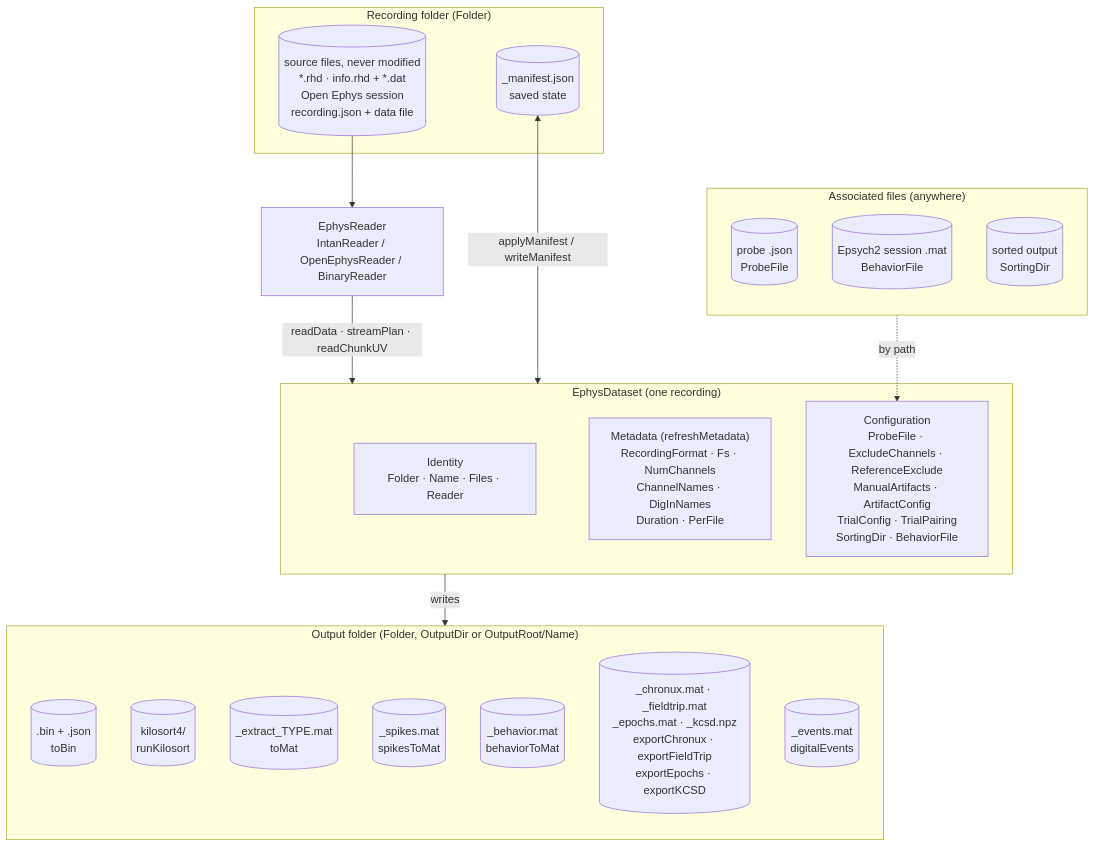
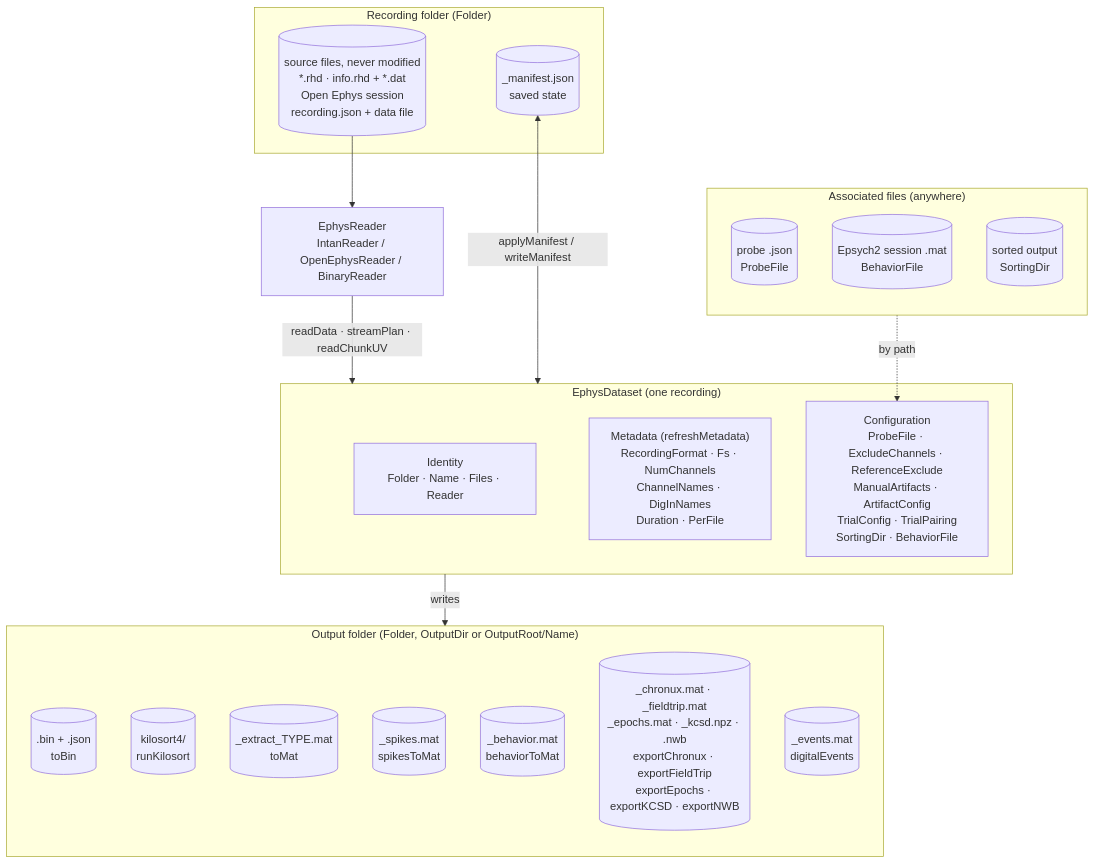
The diagram in documentation/EphysDataset.md (dstolz/ephys_analysis), drawn with Mermaid before and after one commit. The commit also changed other lines of this file and 28 other files, not shown here.

````diff
--- a/documentation/EphysDataset.md
+++ b/documentation/EphysDataset.md
@@ -47,39 +47,39 @@
 ```mermaid
 flowchart TB
     subgraph REC["Recording folder (Folder)"]
         RAW[("source files, never modified<br/>*.rhd · info.rhd + *.dat<br/>Open Ephys session<br/>recording.json + data file")]
         MAN[("_manifest.json<br/>saved state")]
     end
 
     subgraph ASSOC["Associated files (anywhere)"]
         direction TB
         PRB[("probe .json<br/>ProbeFile")]
         SES[("Epsych2 session .mat<br/>BehaviorFile")]
         PHY[("sorted output<br/>SortingDir")]
     end
 
     RD["EphysReader<br/>IntanReader / OpenEphysReader / BinaryReader"]
 
     subgraph DS["EphysDataset (one recording)"]
         ID["Identity<br/>Folder · Name · Files · Reader"]
         META["Metadata (refreshMetadata)<br/>RecordingFormat · Fs · NumChannels<br/>ChannelNames · DigInNames<br/>Duration · PerFile"]
         CONF["Configuration<br/>ProbeFile · ExcludeChannels · ReferenceExclude<br/>ManualArtifacts · ArtifactConfig<br/>TrialConfig · TrialPairing<br/>SortingDir · BehaviorFile"]
     end
 
     subgraph OUT["Output folder (Folder, OutputDir or OutputRoot/Name)"]
         direction TB
         BIN[(".bin + .json<br/>toBin")]
         KS[("kilosort4/<br/>runKilosort")]
         EXT[("_extract_TYPE.mat<br/>toMat")]
         SPK[("_spikes.mat<br/>spikesToMat")]
         BEHM[("_behavior.mat<br/>behaviorToMat")]
-        EXP[("_chronux.mat · _fieldtrip.mat<br/>_epochs.mat · _kcsd.npz<br/>exportChronux · exportFieldTrip<br/>exportEpochs · exportKCSD")]
+        EXP[("_chronux.mat · _fieldtrip.mat<br/>_epochs.mat · _kcsd.npz · .nwb<br/>exportChronux · exportFieldTrip<br/>exportEpochs · exportKCSD · exportNWB")]
         EVC[("_events.mat<br/>digitalEvents")]
     end
 
     RAW --> RD
     RD -- "readData · streamPlan · readChunkUV" --> DS
     MAN <-->|"applyManifest / writeManifest"| DS
     ASSOC -. by path .-> CONF
     DS -- writes --> OUT
 ```
````
